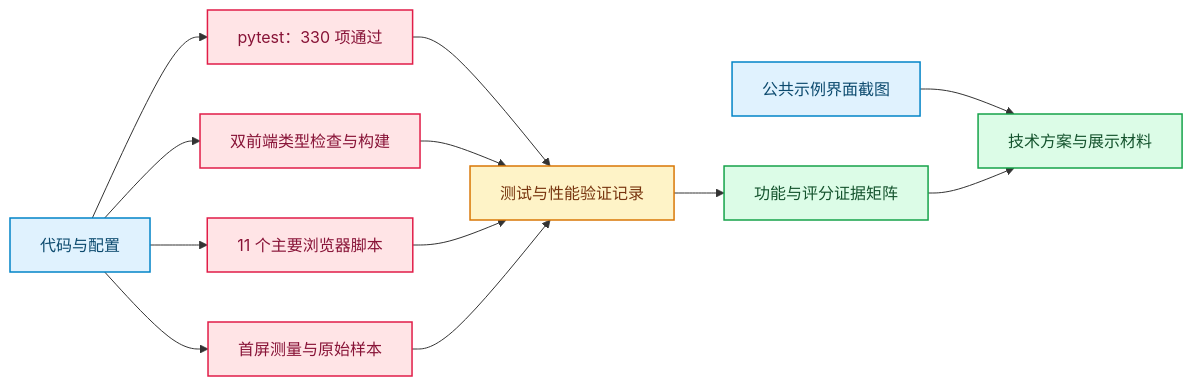
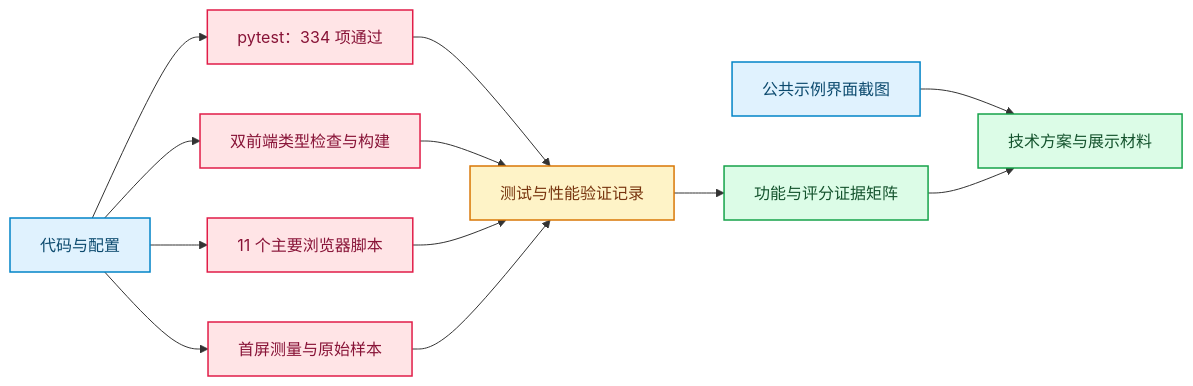
Diagram 16 of 16 in docs/submission/图文技术方案.md (tllovesxs/open-publisher-web), drawn with Mermaid before and after one commit. The commit also changed 11 other files, not shown here.

````diff
--- a/docs/submission/图文技术方案.md
+++ b/docs/submission/图文技术方案.md
@@ -589,25 +589,25 @@
 ```mermaid
 flowchart LR
-  CODE["代码与配置"] --> PY["pytest：330 项通过"]
+  CODE["代码与配置"] --> PY["pytest：334 项通过"]
   CODE --> BUILD["双前端类型检查与构建"]
   CODE --> E2E["11 个主要浏览器脚本"]
   CODE --> PERF["首屏测量与原始样本"]
   PY --> RECORD["测试与性能验证记录"]
   BUILD --> RECORD
   E2E --> RECORD
   PERF --> RECORD
   RECORD --> MATRIX["功能与评分证据矩阵"]
   SHOT["公共示例界面截图"] --> DOC["技术方案与展示材料"]
   MATRIX --> DOC
   class CODE,SHOT input;
   class PY,BUILD,E2E,PERF guard;
   class RECORD store;
   class MATRIX,DOC output;
   classDef input fill:#E0F2FE,stroke:#0284C7,color:#0C4A6E,stroke-width:1.5px;
   classDef ui fill:#DBEAFE,stroke:#2563EB,color:#1E3A8A,stroke-width:1.5px;
   classDef ai fill:#EDE9FE,stroke:#7C3AED,color:#4C1D95,stroke-width:1.5px;
   classDef service fill:#E0F2F1,stroke:#0F766E,color:#134E4A,stroke-width:1.5px;
   classDef store fill:#FEF3C7,stroke:#D97706,color:#78350F,stroke-width:1.5px;
   classDef guard fill:#FFE4E6,stroke:#E11D48,color:#881337,stroke-width:1.5px;
   classDef output fill:#DCFCE7,stroke:#16A34A,color:#14532D,stroke-width:1.5px;
 ```
````
